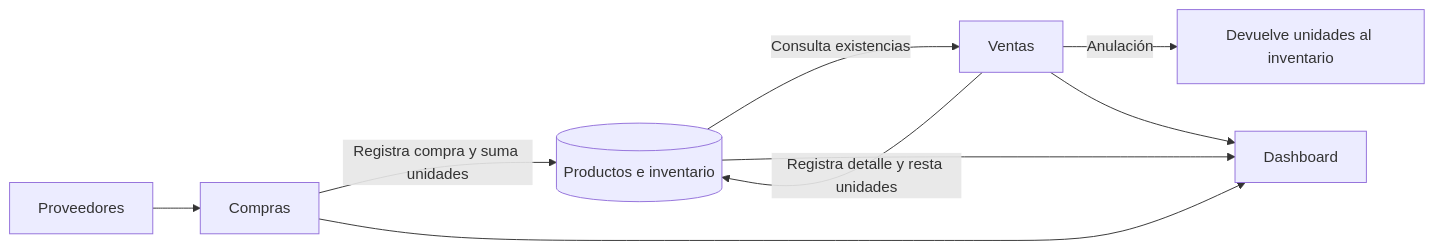
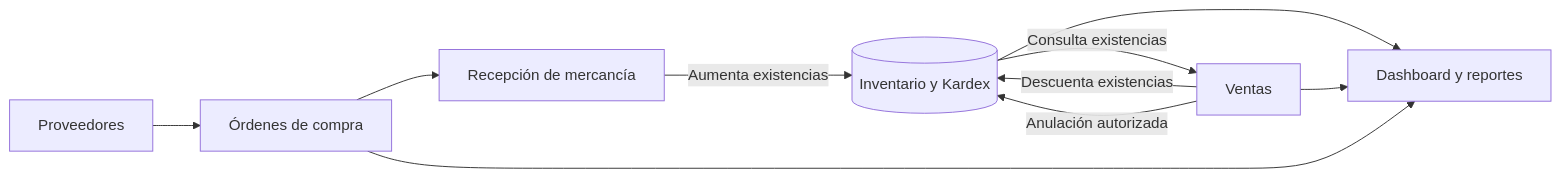
Before and after one commit to monialeja1011/Software-de-Gestion-Empresarial-2026: the diagram in README.md, drawn with Mermaid. The commit also changed other lines of this file and 68 other files, not shown here.

````diff
--- a/README.md
+++ b/README.md
@@ -46,11 +43,12 @@
 ```mermaid
 flowchart LR
-    A[Proveedores] --> B[Compras]
-    B -->|Registra compra y suma unidades| C[(Productos e inventario)]
-    C -->|Consulta existencias| D[Ventas]
-    D -->|Registra detalle y resta unidades| C
-    D -->|Anulación| E[Devuelve unidades al inventario]
-    B --> F[Dashboard]
-    D --> F
-    C --> F
+    A[Proveedores] --> B[Órdenes de compra]
+    B --> C[Recepción de mercancía]
+    C -->|Aumenta existencias| D[(Inventario y Kardex)]
+    D -->|Consulta existencias| E[Ventas]
+    E -->|Descuenta existencias| D
+    E -->|Anulación autorizada| D
+    D --> F[Dashboard y reportes]
+    E --> F
+    B --> F
 ```
````
